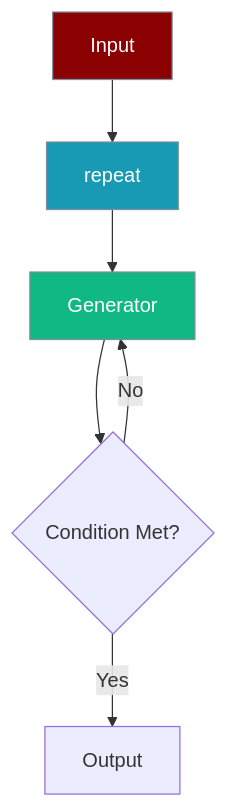
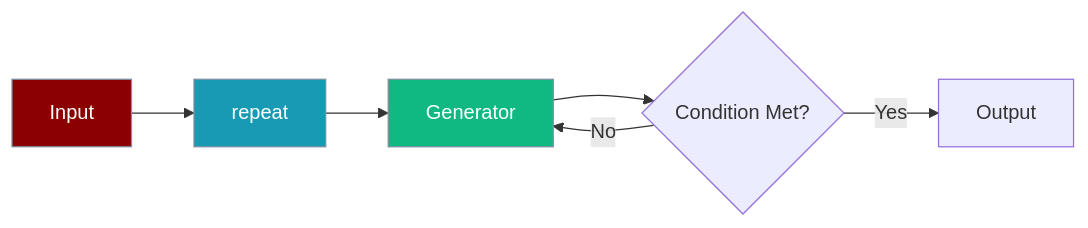
One commit to MervinPraison/PraisonAIDocs changed the first of 2 diagrams in docs/features/workflow-repeat.mdx. Above: the diagram before and after it, drawn with Mermaid. The commit also changed 23 other files, not shown here.

Commit message:
docs: add hero graph LR to Priority B feature pages (fixes #1776)

````diff
--- a/docs/features/workflow-repeat.mdx
+++ b/docs/features/workflow-repeat.mdx
@@ -25,15 +25,15 @@
 ```mermaid
-graph TD
+graph LR
     A[Input] --> B[repeat]
     B --> C[Generator]
     C --> D{Condition Met?}
     D -->|No| C
     D -->|Yes| E[Output]
     classDef agent fill:#8B0000,stroke:#7C90A0,color:#fff
     classDef tool fill:#189AB4,stroke:#7C90A0,color:#fff
     classDef success fill:#10B981,stroke:#7C90A0,color:#fff
     class A agent
     class B tool
     class C success
 
 ```
````
